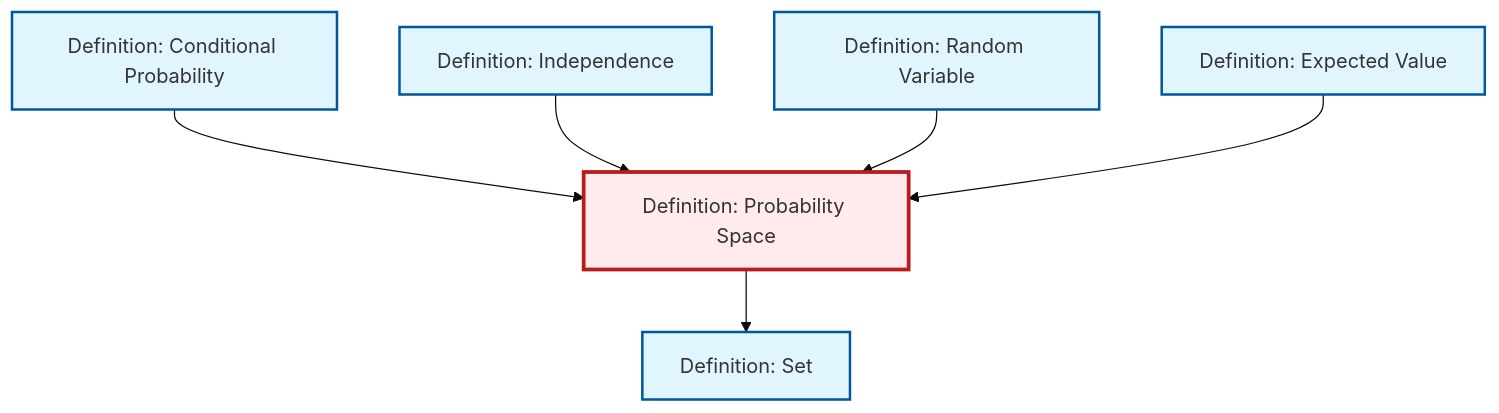
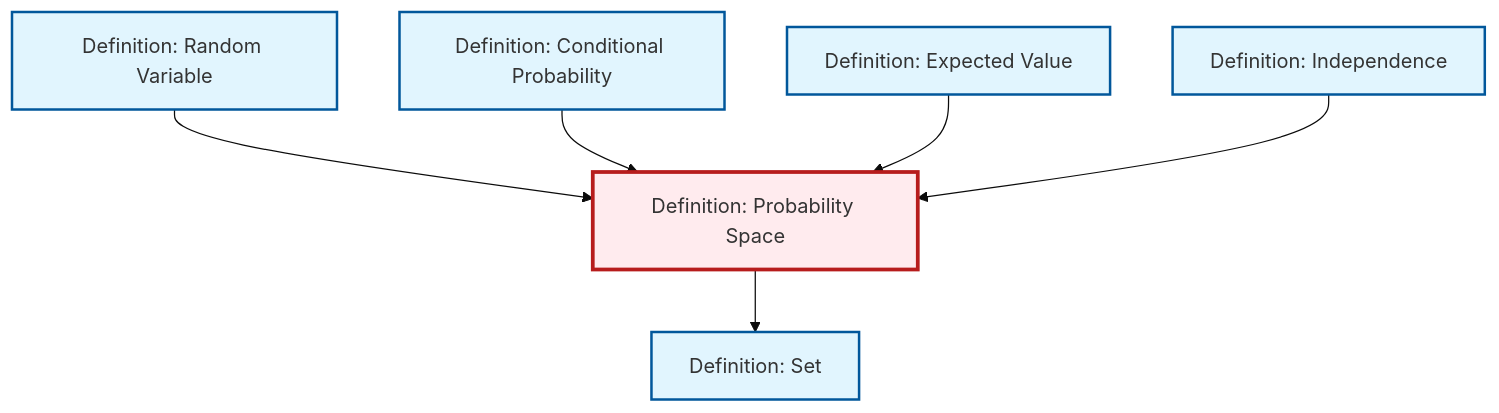
The diagram in content/ja/probability-statistics/def-probability-space.qmd (RK0429/ModernMath), drawn with Mermaid (base theme) before and after one commit. The commit also changed other lines of this file and 597 other files, not shown here.

````diff
--- a/content/ja/probability-statistics/def-probability-space.qmd
+++ b/content/ja/probability-statistics/def-probability-space.qmd
@@ -47,26 +47,26 @@
 ```{mermaid}
 %%| fig-cap: "Local dependency graph"
 graph TD
     classDef definition fill:#e1f5fe,stroke:#01579b,stroke-width:2px
     classDef theorem fill:#f3e5f5,stroke:#4a148c,stroke-width:2px
     classDef axiom fill:#fff3e0,stroke:#e65100,stroke-width:2px
     classDef example fill:#e8f5e9,stroke:#1b5e20,stroke-width:2px
     classDef current fill:#ffebee,stroke:#b71c1c,stroke-width:3px
     def-probability-space["Definition: Probability Space"]:::definition
-    def-independence["Definition: Independence"]:::definition
     def-expectation["Definition: Expected Value"]:::definition
-    def-random-variable["Definition: Random Variable"]:::definition
     def-conditional-probability["Definition: Conditional Probability"]:::definition
     def-set["Definition: Set"]:::definition
+    def-random-variable["Definition: Random Variable"]:::definition
+    def-independence["Definition: Independence"]:::definition
+    def-random-variable --> def-probability-space
     def-conditional-probability --> def-probability-space
+    def-probability-space --> def-set
+    def-expectation --> def-probability-space
     def-independence --> def-probability-space
-    def-probability-space --> def-set
-    def-random-variable --> def-probability-space
-    def-expectation --> def-probability-space
     class def-probability-space current
-    click def-independence "def-independence.html" "Definition: Independenceへ"
     click def-expectation "def-expectation.html" "Definition: Expected Valueへ"
-    click def-random-variable "def-random-variable.html" "Definition: Random Variableへ"
     click def-conditional-probability "def-conditional-probability.html" "Definition: Conditional Probabilityへ"
     click def-set "def-set.html" "Definition: Setへ"
+    click def-random-variable "def-random-variable.html" "Definition: Random Variableへ"
+    click def-independence "def-independence.html" "Definition: Independenceへ"
 ```
````
